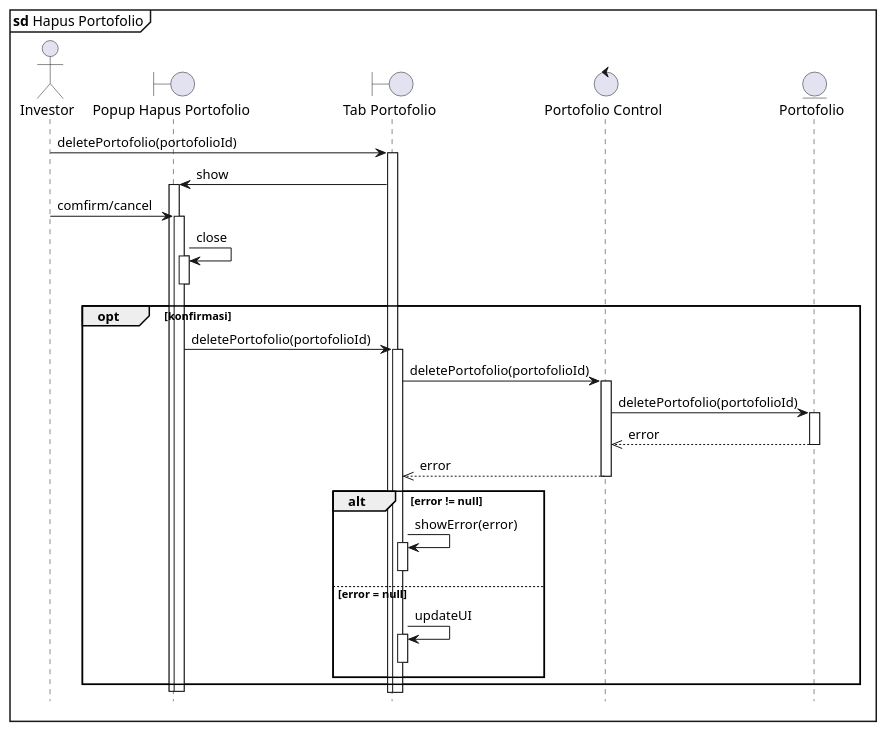
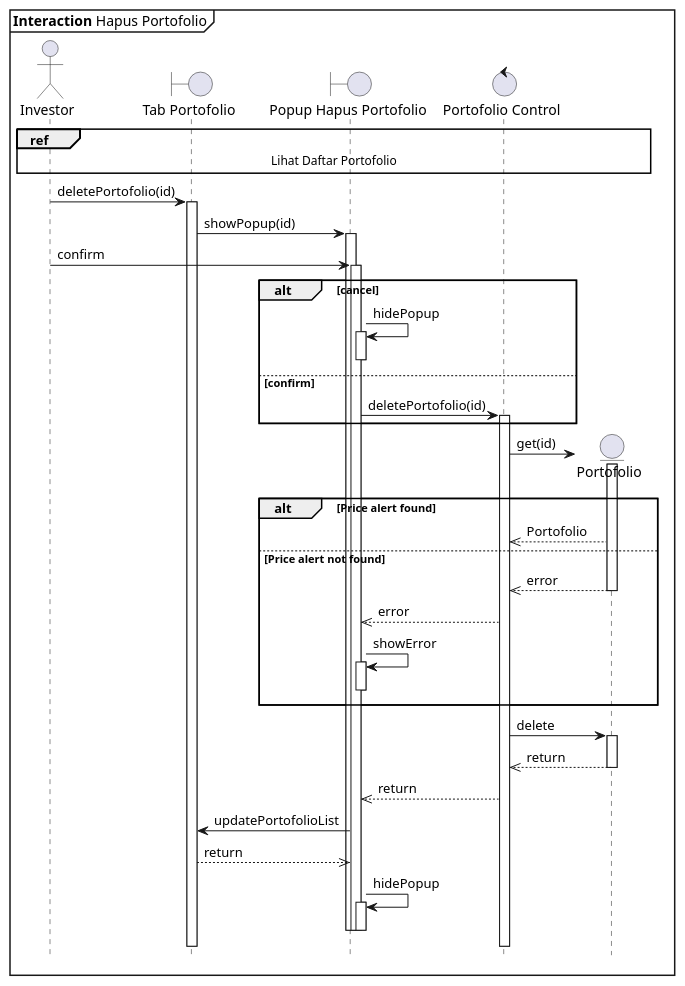
Before and after one commit to clarestarahma/manajemen-investasi: the diagram in sequence/hapus-portofolio.puml, drawn with PlantUML. The commit also changed 18 other files, not shown here.

Commit message:
merubah sebagian besar sequence diagram

```diff
--- a/sequence/hapus-portofolio.puml
+++ b/sequence/hapus-portofolio.puml
@@ -1,43 +1,68 @@
 @startuml Sequence
 
 skinparam maxMessageSize 250
 
 hide footbox
-autoactivate on
 
-mainframe **sd** Hapus Portofolio
+mainframe **Interaction** Hapus Portofolio
 
 actor Investor as I
-boundary "Popup Hapus Portofolio" as PHP
-boundary "Tab Portofolio" as TP
-control "Portofolio Control" as PC
-entity "Portofolio" as P
+boundary "Tab Portofolio" as TPH
+boundary "Popup Hapus Portofolio" as PHPH
+control "Portofolio Control" as PAC
+entity "Portofolio" as PA
 
-I -> TP : deletePortofolio(portofolioId)
-TP -> PHP : show
+ref over I, PA : Lihat Daftar Portofolio
 
-I -> PHP : comfirm/cancel
+I -> TPH : deletePortofolio(id)
+activate TPH
 
-PHP -> PHP : close
-deactivate PHP
+TPH -> PHPH : showPopup(id)
+activate PHPH
 
-opt konfirmasi
-  PHP -> TP : deletePortofolio(portofolioId)
-  TP -> PC : deletePortofolio(portofolioId)
-  PC -> P : deletePortofolio(portofolioId)
-  P -->> PC : error
-  PC -->> TP : error
+I -> PHPH : confirm
+activate PHPH
 
-  alt error != null
-    TP -> TP : showError(error)
-    deactivate TP
-  else error = null
-    TP -> TP : updateUI
-    deactivate TP
-  end
+alt cancel
+  PHPH -> PHPH : hidePopup
+  activate PHPH
+  deactivate PHPH
+else confirm
+  PHPH -> PAC : deletePortofolio(id)
+  activate PAC
 end
 
-deactivate PHP
-deactivate PHP
+  PAC -> PA ** : get(id)
+  activate PA
+
+  alt Price alert found
+    PA -->> PAC : Portofolio
+  else Price alert not found
+    PA -->> PAC : error
+    deactivate PA
+    PAC -->> PHPH : error
+    PHPH -> PHPH : showError
+    activate PHPH
+    deactivate PHPH
+  end
+
+  PAC -> PA : delete
+  activate PA
+
+  PA -->> PAC : return
+  deactivate PA
+
+  PAC -->> PHPH : return
+
+  PHPH -> TPH : updatePortofolioList
+  TPH -->> PHPH : return
+
+PHPH -> PHPH : hidePopup
+activate PHPH
+deactivate PHPH
+deactivate PHPH
+deactivate PHPH
+
+
 
 @enduml
```
